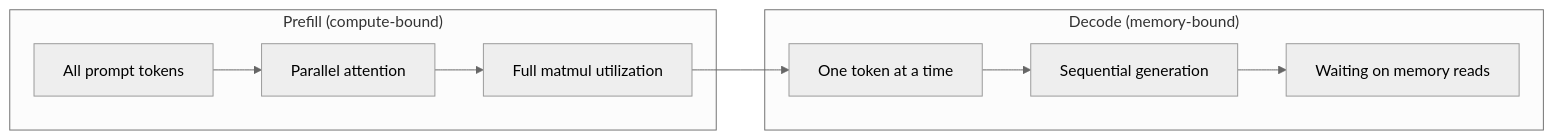
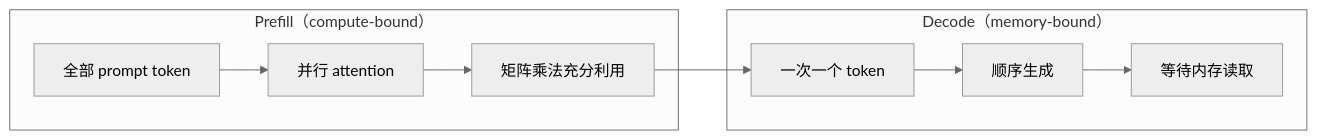
Before and after one commit to husky1102/ai-engineering-from-scratch-zh: the first of 5 diagrams in phases/10-llms-from-scratch/12-inference-optimization/docs/zh-CN.md, drawn with Mermaid (neutral theme). The commit also changed other lines of this file and 1 other file, not shown here.

````diff
--- a/phases/10-llms-from-scratch/12-inference-optimization/docs/zh-CN.md
+++ b/phases/10-llms-from-scratch/12-inference-optimization/docs/zh-CN.md
@@ -37,14 +37,14 @@
 ```mermaid
 graph LR
-    subgraph "Prefill (compute-bound)"
-        P1["All prompt tokens"] --> P2["Parallel attention"]
-        P2 --> P3["Full matmul utilization"]
+    subgraph "Prefill（compute-bound）"
+        P1["全部 prompt token"] --> P2["并行 attention"]
+        P2 --> P3["矩阵乘法充分利用"]
     end
 
-    subgraph "Decode (memory-bound)"
-        D1["One token at a time"] --> D2["Sequential generation"]
-        D2 --> D3["Waiting on memory reads"]
+    subgraph "Decode（memory-bound）"
+        D1["一次一个 token"] --> D2["顺序生成"]
+        D2 --> D3["等待内存读取"]
     end
 
     P3 --> D1
 ```
````
